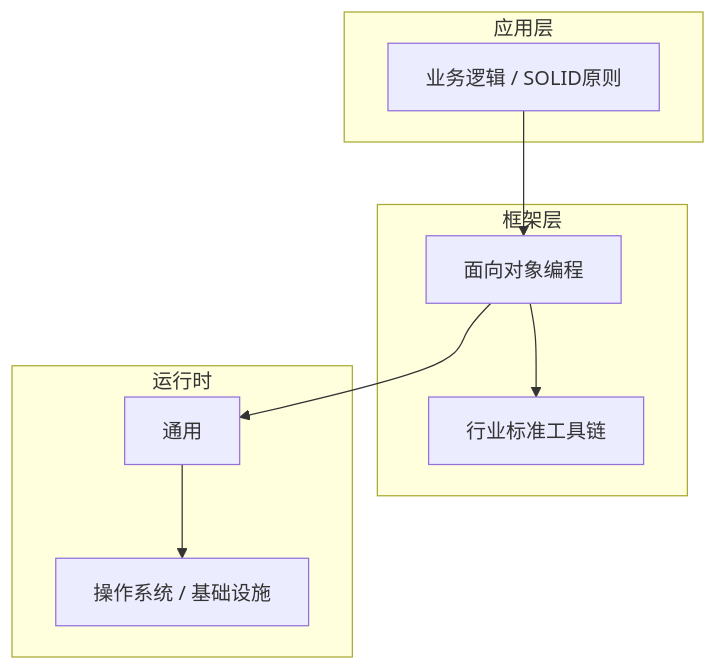
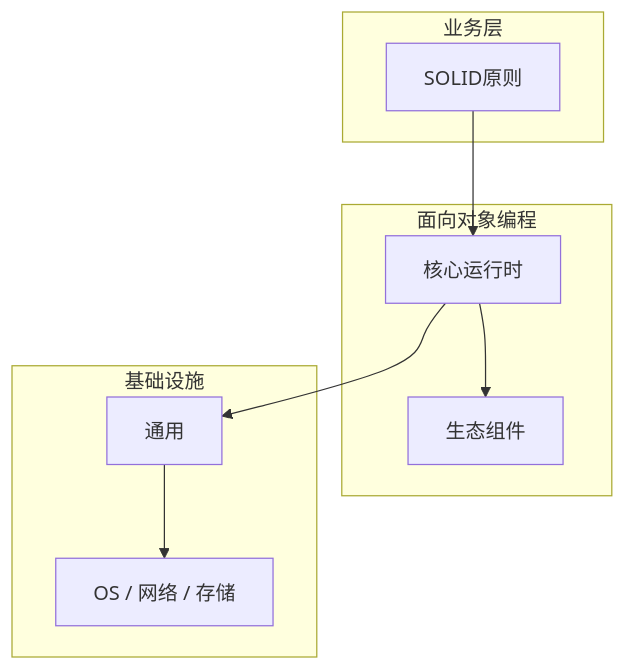
Before and after one commit to yanggan2015/knowledge-json-v2: the diagram in articles/面向对象编程/chapters/041-SOLID原则核心概念与原理.md, drawn with Mermaid. The commit also changed other lines of this file and 10127 other files, not shown here.

````diff
--- a/articles/面向对象编程/chapters/041-SOLID原则核心概念与原理.md
+++ b/articles/面向对象编程/chapters/041-SOLID原则核心概念与原理.md
@@ -45,18 +34,18 @@
 ```mermaid
 graph TB
-    subgraph 应用层
-        A[业务逻辑 / SOLID原则]
+    subgraph 业务层
+        A[SOLID原则]
     end
-    subgraph 框架层
-        B[面向对象编程]
-        C[行业标准工具链]
+    subgraph 面向对象编程
+        B[核心运行时]
+        C[生态组件]
     end
-    subgraph 运行时
+    subgraph 基础设施
         D[通用]
-        E[操作系统 / 基础设施]
+        E[OS / 网络 / 存储]
     end
     A --> B
     B --> C
     B --> D
     D --> E
 ```
````
